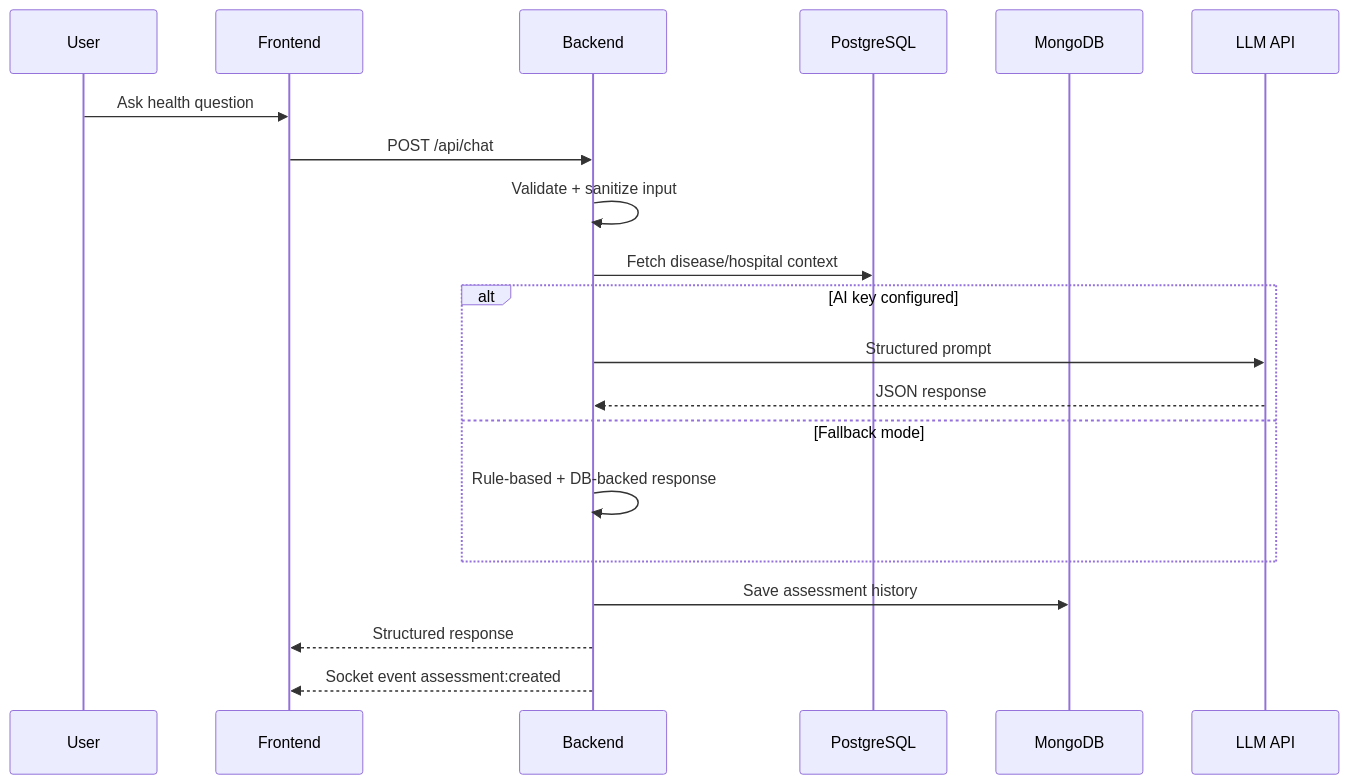
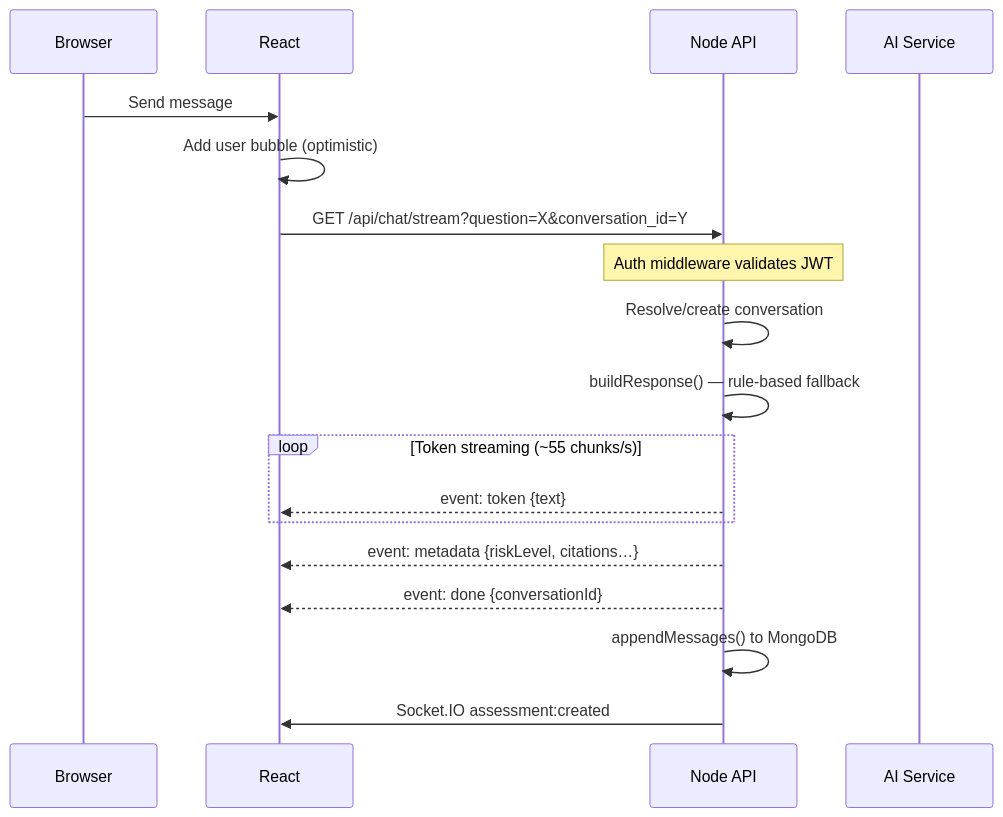
One commit to nitishchy12/AI-HealthCare-Chatbot changed the second of 4 diagrams in docs/architecture.md. Above: the diagram before and after it, drawn with Mermaid. The commit also changed other lines of this file and 170 other files, not shown here.

````diff
--- a/docs/architecture.md
+++ b/docs/architecture.md
@@ -18,23 +54,21 @@
 ```mermaid
 sequenceDiagram
-  participant U as User
-  participant F as Frontend
-  participant B as Backend
-  participant P as PostgreSQL
-  participant M as MongoDB
-  participant L as LLM API
+  participant U as Browser
+  participant FE as React
+  participant BE as Node API
+  participant AI as AI Service
 
-  U->>F: Ask health question
-  F->>B: POST /api/chat
-  B->>B: Validate + sanitize input
-  B->>P: Fetch disease/hospital context
-  alt AI key configured
-    B->>L: Structured prompt
-    L-->>B: JSON response
-  else Fallback mode
-    B->>B: Rule-based + DB-backed response
+  U->>FE: Send message
+  FE->>FE: Add user bubble (optimistic)
+  FE->>BE: GET /api/chat/stream?question=X&conversation_id=Y
+  note over BE: Auth middleware validates JWT
+  BE->>BE: Resolve/create conversation
+  BE->>BE: buildResponse() — rule-based fallback
+  loop Token streaming (~55 chunks/s)
+    BE-->>FE: event: token {text}
   end
-  B->>M: Save assessment history
-  B-->>F: Structured response
-  B-->>F: Socket event assessment:created
+  BE-->>FE: event: metadata {riskLevel, citations…}
+  BE-->>FE: event: done {conversationId}
+  BE->>BE: appendMessages() to MongoDB
+  BE->>FE: Socket.IO assessment:created
 ```
````
